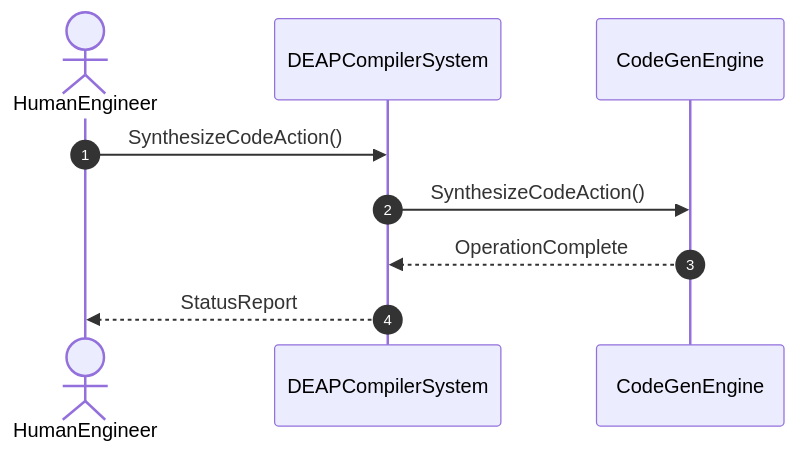
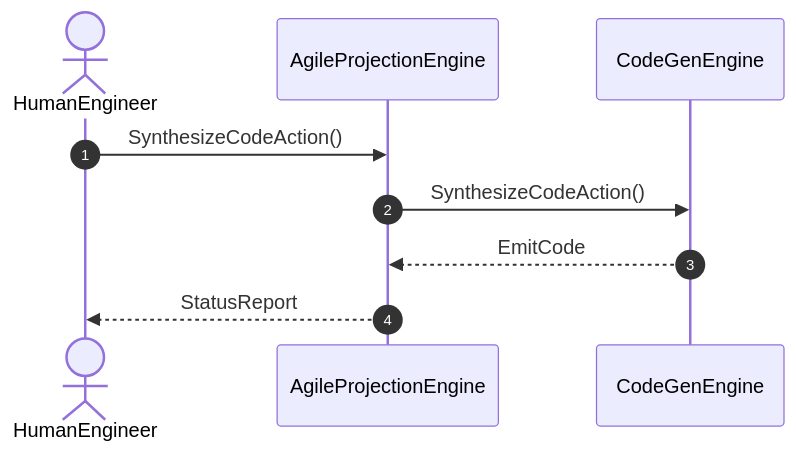
The diagram in docs/user-stories/US-10-SynthesizeCodeAction.md (gintatkinson/dumpiler-01), drawn with Mermaid before and after one commit. The commit also changed other lines of this file and 45 other files, not shown here.

````diff
--- a/docs/user-stories/US-10-SynthesizeCodeAction.md
+++ b/docs/user-stories/US-10-SynthesizeCodeAction.md
@@ -16,11 +16,11 @@
 ```mermaid
 sequenceDiagram
     autonumber
     actor HumanEngineer
-    participant DEAPCompilerSystem
+    participant AgileProjectionEngine
     participant CodeGenEngine
-    HumanEngineer->>DEAPCompilerSystem: SynthesizeCodeAction()
-    DEAPCompilerSystem->>CodeGenEngine: SynthesizeCodeAction()
-    CodeGenEngine-->>DEAPCompilerSystem: OperationComplete
-    DEAPCompilerSystem-->>HumanEngineer: StatusReport
+    HumanEngineer->>AgileProjectionEngine: SynthesizeCodeAction()
+    AgileProjectionEngine->>CodeGenEngine: SynthesizeCodeAction()
+    CodeGenEngine-->>AgileProjectionEngine: EmitCode
+    AgileProjectionEngine-->>HumanEngineer: StatusReport
 ```
````
